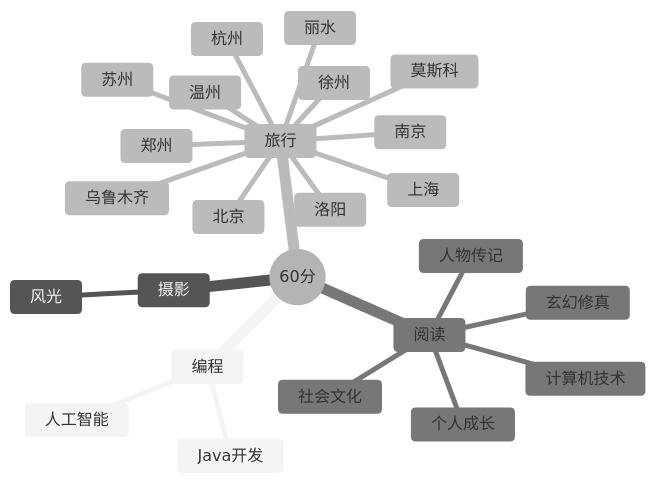
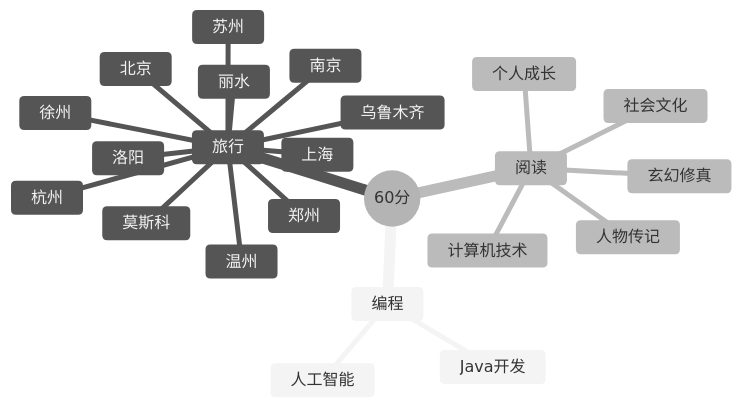
One commit to aiwandianao/aiwandianao changed the diagram in README.md. Above: the diagram before and after it, drawn with Mermaid (neutral theme). The commit also changed other lines of this file and 1 other file, not shown here.

````diff
--- a/README.md
+++ b/README.md
@@ -171,30 +169,27 @@
 ```mermaid
 mindmap
   root((60分))
     编程
       Java开发
       人工智能
-    摄影
-      风光
     旅行
       北京
       莫斯科
       徐州
       南京
       苏州
       乌鲁木齐
       杭州
       上海
       丽水
       温州
       洛阳
-      郑州
-      
+      郑州    
     阅读
       计算机技术
       人物传记
       个人成长
       社会文化
       玄幻修真
       
 ```
````
